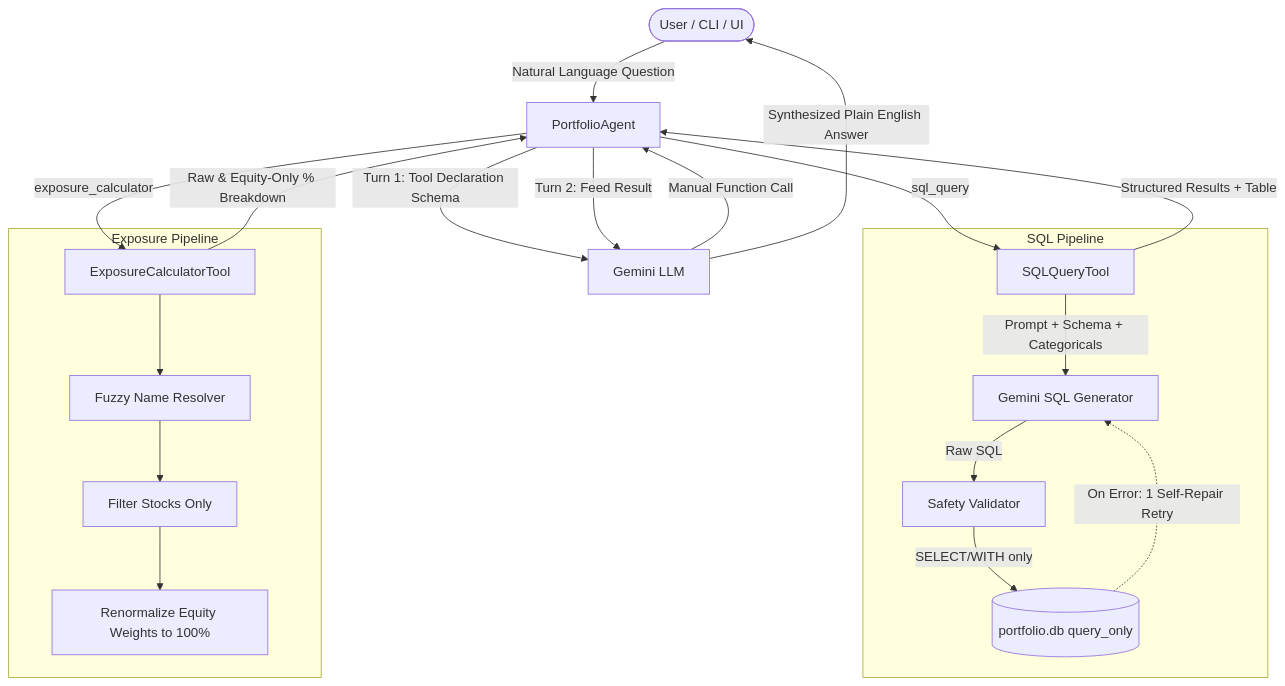
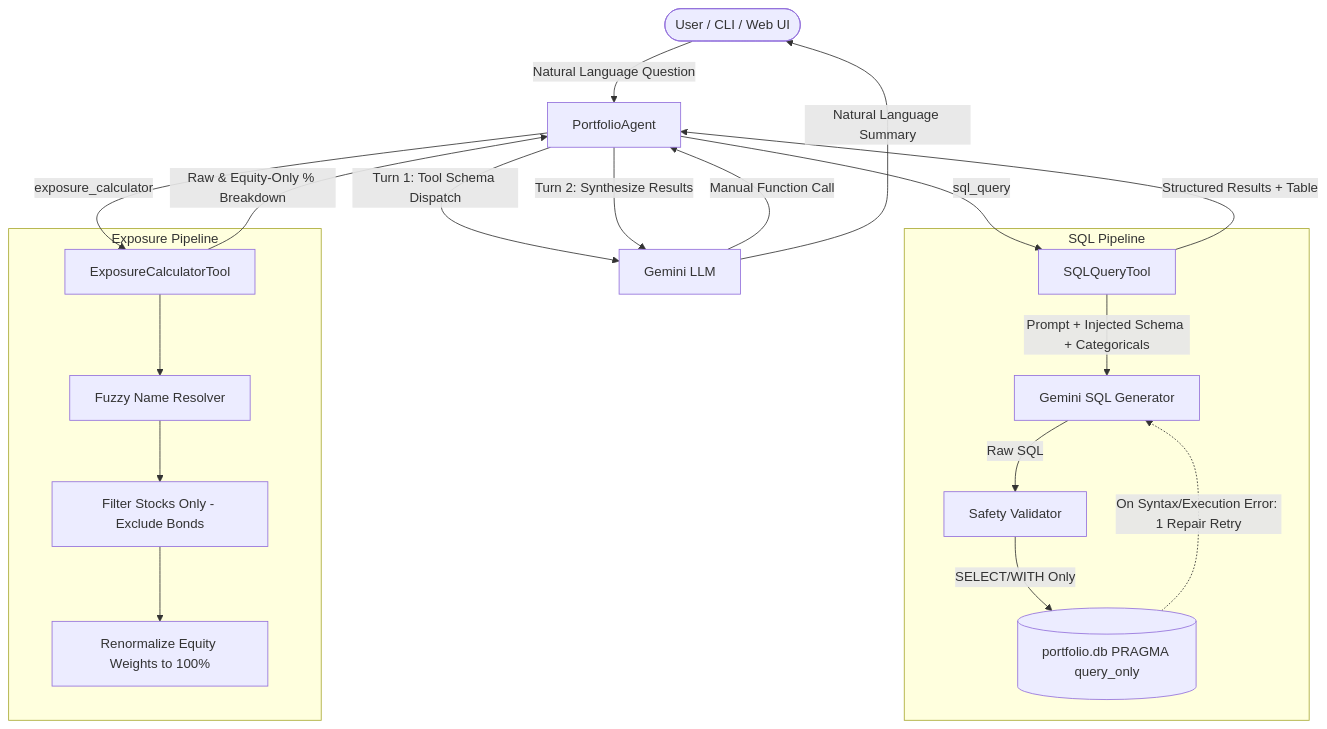
Before and after one commit to vinit-spec/PL-capital_portfolio-agent: the diagram in README.md, drawn with Mermaid. The commit also changed other lines of this file, not shown here.

Commit message:
docs: finalize README with comprehensive setup instructions and benchmark results

````diff
--- a/README.md
+++ b/README.md
@@ -9,28 +9,28 @@
 ```mermaid
 flowchart TD
-    User([User / CLI / UI]) -->|Natural Language Question| Agent[PortfolioAgent]
-    Agent -->|Turn 1: Tool Declaration Schema| Gemini[Gemini LLM]
+    User([User / CLI / Web UI]) -->|Natural Language Question| Agent[PortfolioAgent]
+    Agent -->|Turn 1: Tool Schema Dispatch| Gemini[Gemini LLM]
     Gemini -->|Manual Function Call| Agent
 
     Agent -->|sql_query| SQLTool[SQLQueryTool]
     Agent -->|exposure_calculator| ExpTool[ExposureCalculatorTool]
 
     subgraph SQL Pipeline
-        SQLTool -->|Prompt + Schema + Categoricals| SQLGen[Gemini SQL Generator]
+        SQLTool -->|Prompt + Injected Schema + Categoricals| SQLGen[Gemini SQL Generator]
         SQLGen -->|Raw SQL| Validator[Safety Validator]
-        Validator -->|SELECT/WITH only| SQLite[(portfolio.db query_only)]
-        SQLite -.->|On Error: 1 Self-Repair Retry| SQLGen
+        Validator -->|SELECT/WITH Only| SQLite[(portfolio.db PRAGMA query_only)]
+        SQLite -.->|On Syntax/Execution Error: 1 Repair Retry| SQLGen
     end
 
     subgraph Exposure Pipeline
         ExpTool --> Fuzzy[Fuzzy Name Resolver]
-        Fuzzy --> Filter[Filter Stocks Only]
+        Fuzzy --> Filter[Filter Stocks Only - Exclude Bonds]
         Filter --> Renorm[Renormalize Equity Weights to 100%]
     end
 
     SQLTool -->|Structured Results + Table| Agent
     ExpTool -->|Raw & Equity-Only % Breakdown| Agent
 
-    Agent -->|Turn 2: Feed Result| Gemini
-    Gemini -->|Synthesized Plain English Answer| User
+    Agent -->|Turn 2: Synthesize Results| Gemini
+    Gemini -->|Natural Language Summary| User
 ```
````
